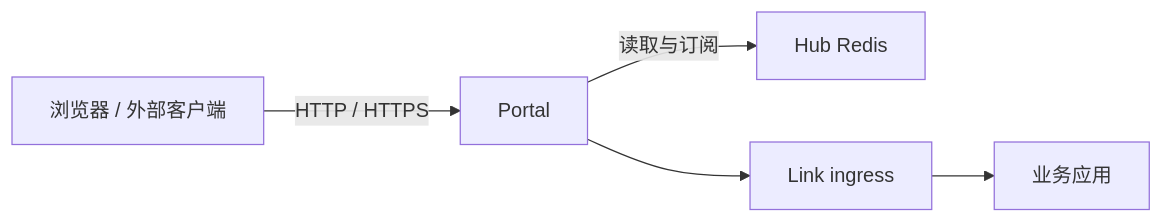
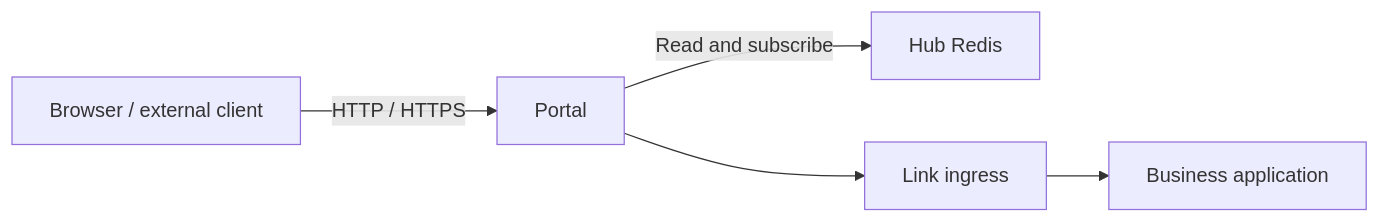
The diagram in docs/runtime/portal.md (yorun-ai/vine-site), drawn with Mermaid before and after one commit. The commit also changed other lines of this file and 107 other files, not shown here.

````diff
--- a/docs/runtime/portal.md
+++ b/docs/runtime/portal.md
@@ -9,6 +9,6 @@
 ```mermaid
 flowchart LR
-  Client["浏览器 / 外部客户端"] -->|"HTTP / HTTPS"| Portal["Portal"]
-  Portal -->|"读取与订阅"| Redis["Hub Redis"]
-  Portal --> Link["Link ingress"] --> App["业务应用"]
+  Client["Browser / external client"] -->|"HTTP / HTTPS"| Portal["Portal"]
+  Portal -->|"Read and subscribe"| Redis["Hub Redis"]
+  Portal --> Link["Link ingress"] --> App["Business application"]
 ```
````
